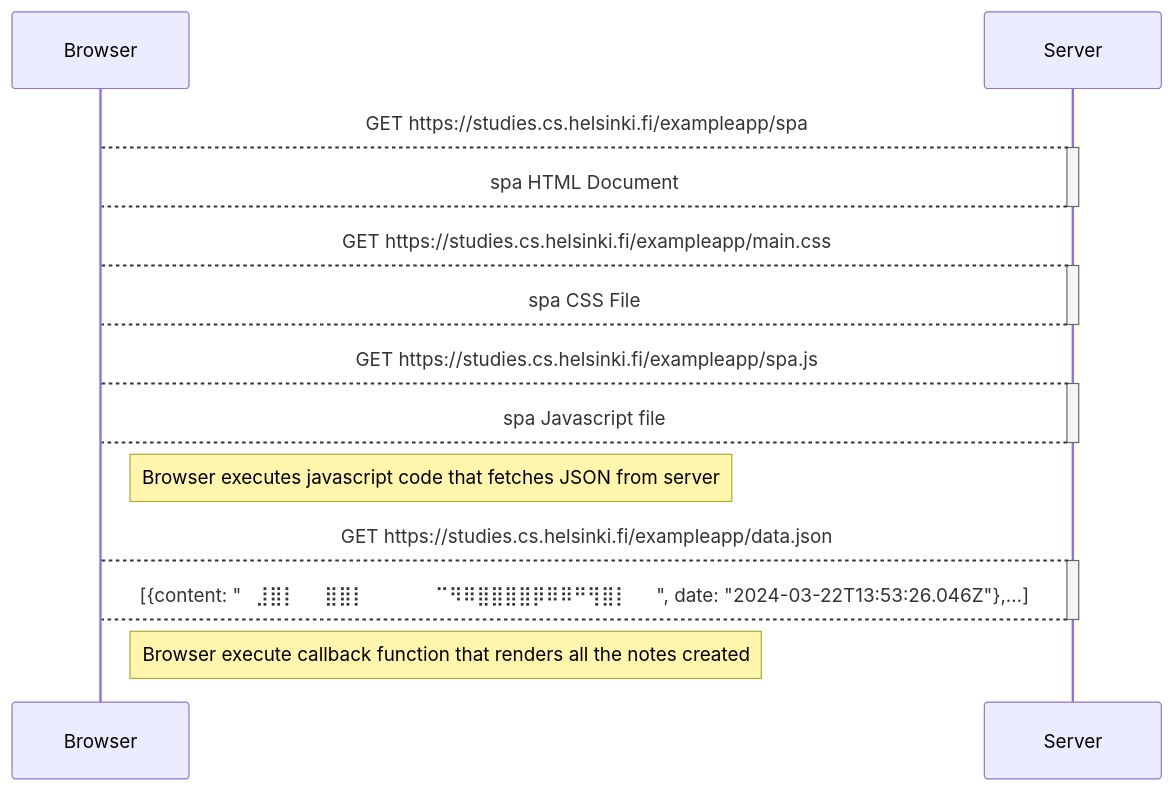
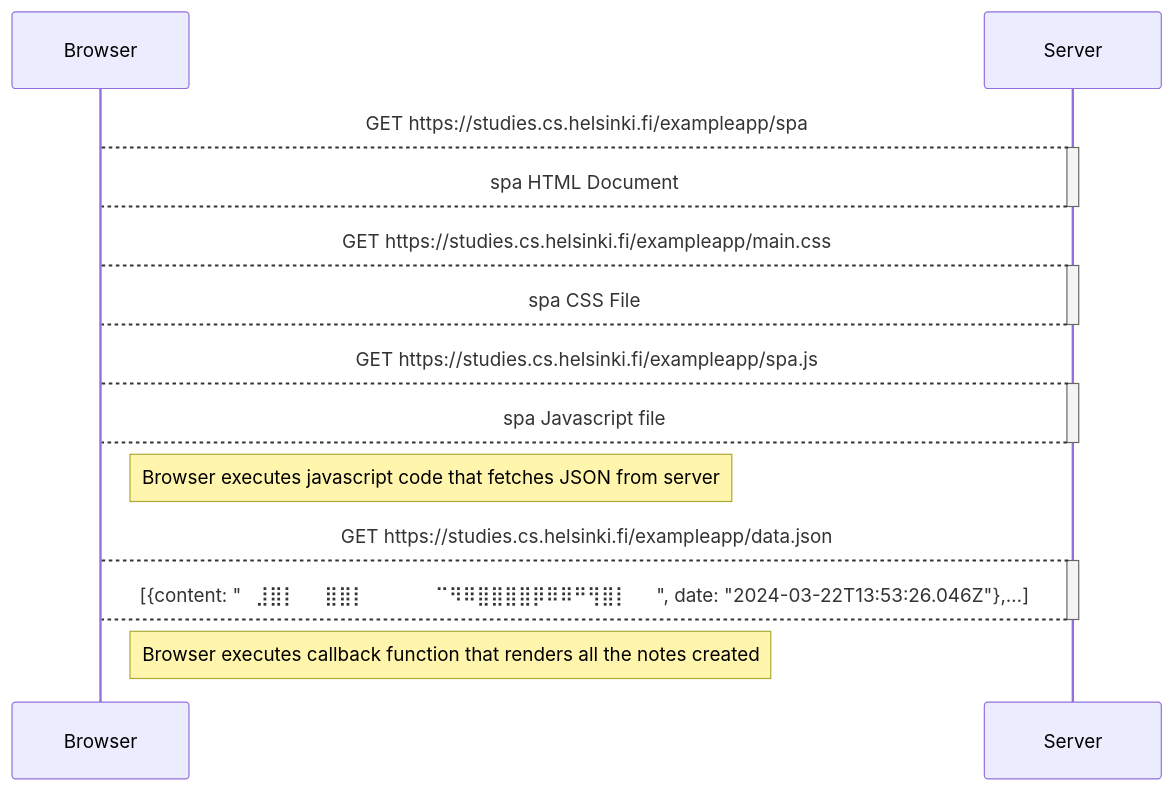
Before and after one commit to Mauriciamo/Helsinki-Fullstack: the diagram in part 0/0.5_single_page_app.md, drawn with Mermaid.

````diff
--- a/part 0/0.5_single_page_app.md
+++ b/part 0/0.5_single_page_app.md
@@ -1,29 +1,29 @@
 ```mermaid
   sequenceDiagram
   participant Browser
   participant Server
 
   Browser --> Server: GET https://studies.cs.helsinki.fi/exampleapp/spa
   activate Server
   Server --> Browser: spa HTML Document
   deactivate Server
 
   Browser --> Server: GET https://studies.cs.helsinki.fi/exampleapp/main.css
   activate Server
   Server --> Browser: spa CSS File
   deactivate Server
 
   Browser --> Server: GET https://studies.cs.helsinki.fi/exampleapp/spa.js
   activate Server
   Server --> Browser: spa Javascript file
   deactivate Server
 
   Note right of Browser: Browser executes javascript code that fetches JSON from server
 
   Browser --> Server: GET https://studies.cs.helsinki.fi/exampleapp/data.json
   activate Server
   Server --> Browser: [{content: "⠀⣸⣿⡇⠀⠀⣿⣿⡇⠀⠀⠀⠀⠀⠉⠻⠿⣿⣿⣿⣿⡿⠿⠿⠛⢻⣿⡇⠀⠀", date: "2024-03-22T13:53:26.046Z"},…]
   deactivate Server
 
-  Note right of Browser: Browser execute callback function that renders all the notes created
+  Note right of Browser: Browser executes callback function that renders all the notes created
 ```
````
